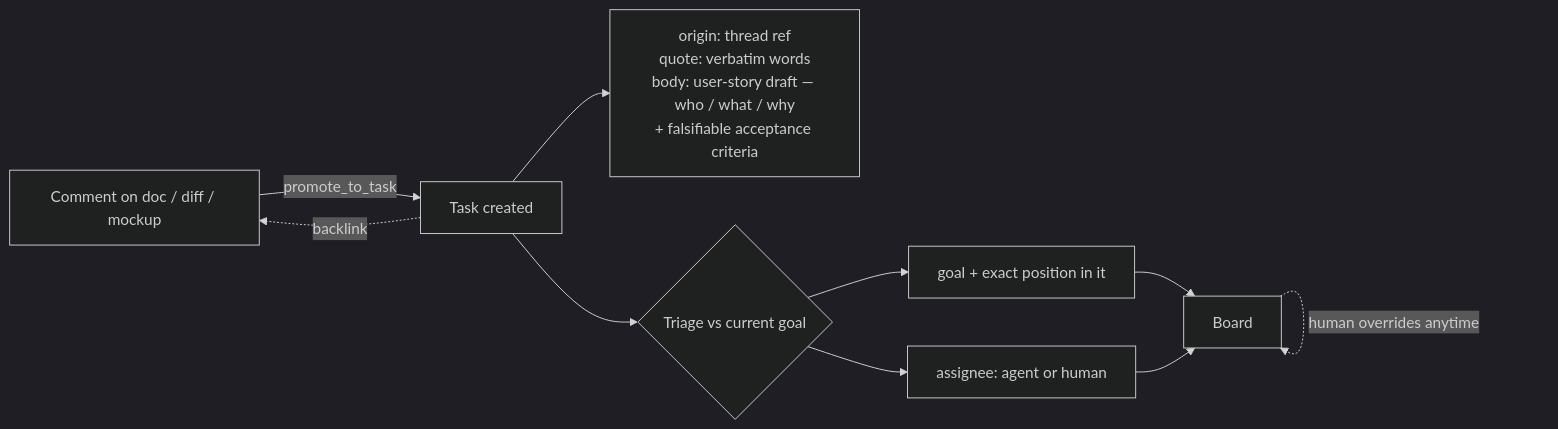
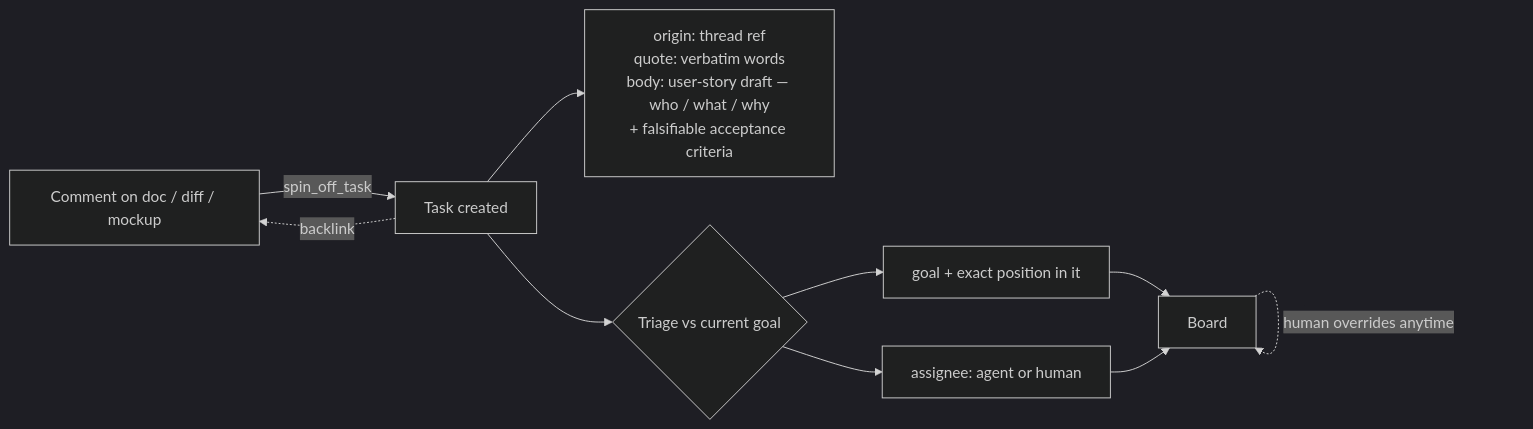
The second of 12 diagrams in docs/product/plans/lf-workspace-tasks-plan.md (fryanpan/claude-live-feedback-plugin), drawn with Mermaid (dark theme) before and after one commit. The commit also changed other lines of this file and 18 other files, not shown here.

````diff
--- a/docs/product/plans/lf-workspace-tasks-plan.md
+++ b/docs/product/plans/lf-workspace-tasks-plan.md
@@ -124,12 +124,12 @@
 ```mermaid
 flowchart LR
-  C["Comment on doc / diff / mockup"] -->|promote_to_task| T["Task created"]
+  C["Comment on doc / diff / mockup"] -->|spin_off_task| T["Task created"]
   T --> O["origin: thread ref<br/>quote: verbatim words<br/>body: user-story draft — who / what / why<br/>+ falsifiable acceptance criteria"]
   T --> TR{"Triage vs current goal"}
   TR --> G["goal + exact position in it"]
   TR --> A["assignee: agent or human"]
   G --> B["Board"]
   A --> B
   B -.->|"human overrides anytime"| B
   T -.backlink.-> C
 ```
````
